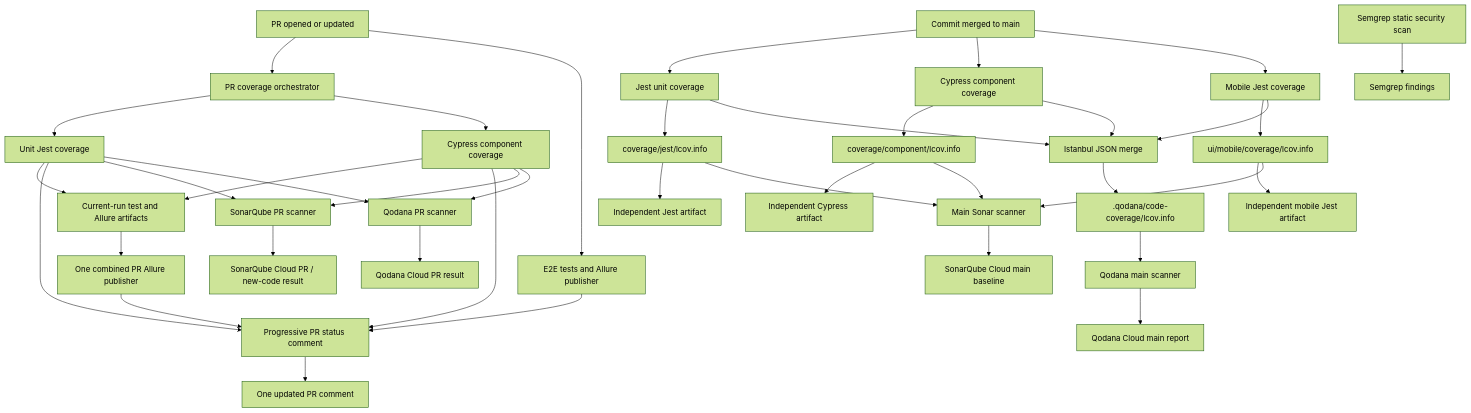
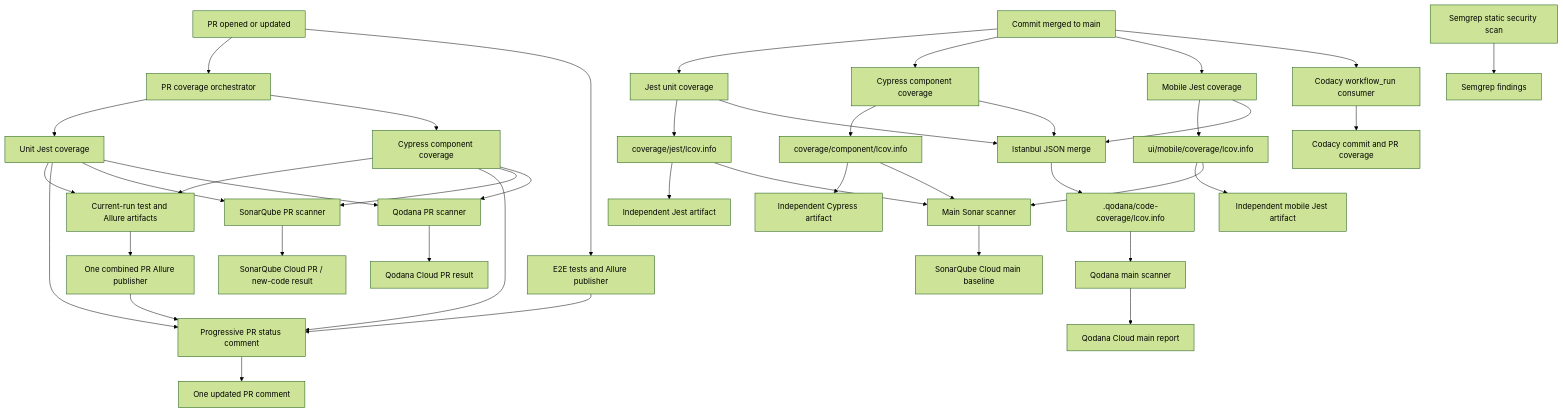
One commit to koreyba/EverFreeNote changed the diagram in docs/ai/design/feature-sonar-test-coverage.md. Above: the diagram before and after it, drawn with Mermaid (forest theme). The commit also changed other lines of this file and 2 other files, not shown here.

Commit message:
Add Codacy coverage reporting workflow

````diff
--- a/docs/ai/design/feature-sonar-test-coverage.md
+++ b/docs/ai/design/feature-sonar-test-coverage.md
@@ -11,44 +11,47 @@
 ```mermaid
 flowchart TD
   PR["PR opened or updated"] --> PRTests["PR coverage orchestrator"]
   PRTests --> UnitPR["Unit Jest coverage"]
   PRTests --> ComponentPR["Cypress component coverage"]
   UnitPR --> PRArtifacts["Current-run test and Allure artifacts"]
   ComponentPR --> PRArtifacts
   UnitPR --> PRStatus["Progressive PR status comment"]
   ComponentPR --> PRStatus
   PRArtifacts --> AllurePR["One combined PR Allure publisher"]
   AllurePR --> PRStatus
   PR --> E2EPR["E2E tests and Allure publisher"]
   E2EPR --> PRStatus
   PRStatus --> PRComment["One updated PR comment"]
   UnitPR --> PRScan["SonarQube PR scanner"]
   ComponentPR --> PRScan
   UnitPR --> QodanaPR["Qodana PR scanner"]
   ComponentPR --> QodanaPR
   PRScan --> PRCloud["SonarQube Cloud PR / new-code result"]
   QodanaPR --> QodanaPRCloud["Qodana Cloud PR result"]
 
   Main["Commit merged to main"] --> Unit["Jest unit coverage"]
   Main --> Component["Cypress component coverage"]
   Main --> Mobile["Mobile Jest coverage"]
   Unit --> UnitLCOV["coverage/jest/lcov.info"]
   Component --> ComponentLCOV["coverage/component/lcov.info"]
   Mobile --> MobileLCOV["ui/mobile/coverage/lcov.info"]
   UnitLCOV --> UnitArtifact["Independent Jest artifact"]
   ComponentLCOV --> ComponentArtifact["Independent Cypress artifact"]
   MobileLCOV --> MobileArtifact["Independent mobile Jest artifact"]
   UnitLCOV --> MainScan["Main Sonar scanner"]
   ComponentLCOV --> MainScan
   MobileLCOV --> MainScan
   MainScan --> MainCloud["SonarQube Cloud main baseline"]
 
   Unit --> QodanaMerge["Istanbul JSON merge"]
   Component --> QodanaMerge
   Mobile --> QodanaMerge
   QodanaMerge --> QodanaLCOV[".qodana/code-coverage/lcov.info"]
   QodanaLCOV --> QodanaScan["Qodana main scanner"]
   QodanaScan --> QodanaCloud["Qodana Cloud main report"]
 
+  Main --> CodacyMain["Codacy workflow_run consumer"]
+  CodacyMain --> CodacyCloud["Codacy commit and PR coverage"]
+
   Semgrep["Semgrep static security scan"] --> SemgrepCloud["Semgrep findings"]
 ```
````
